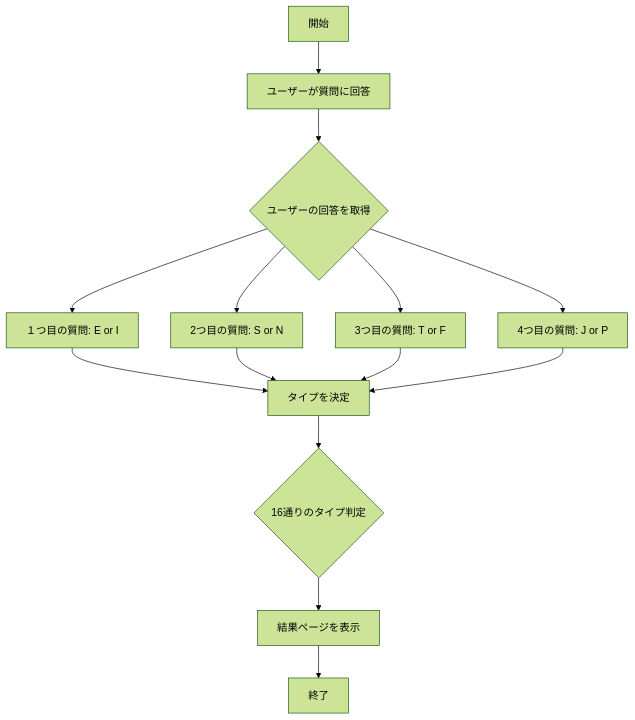
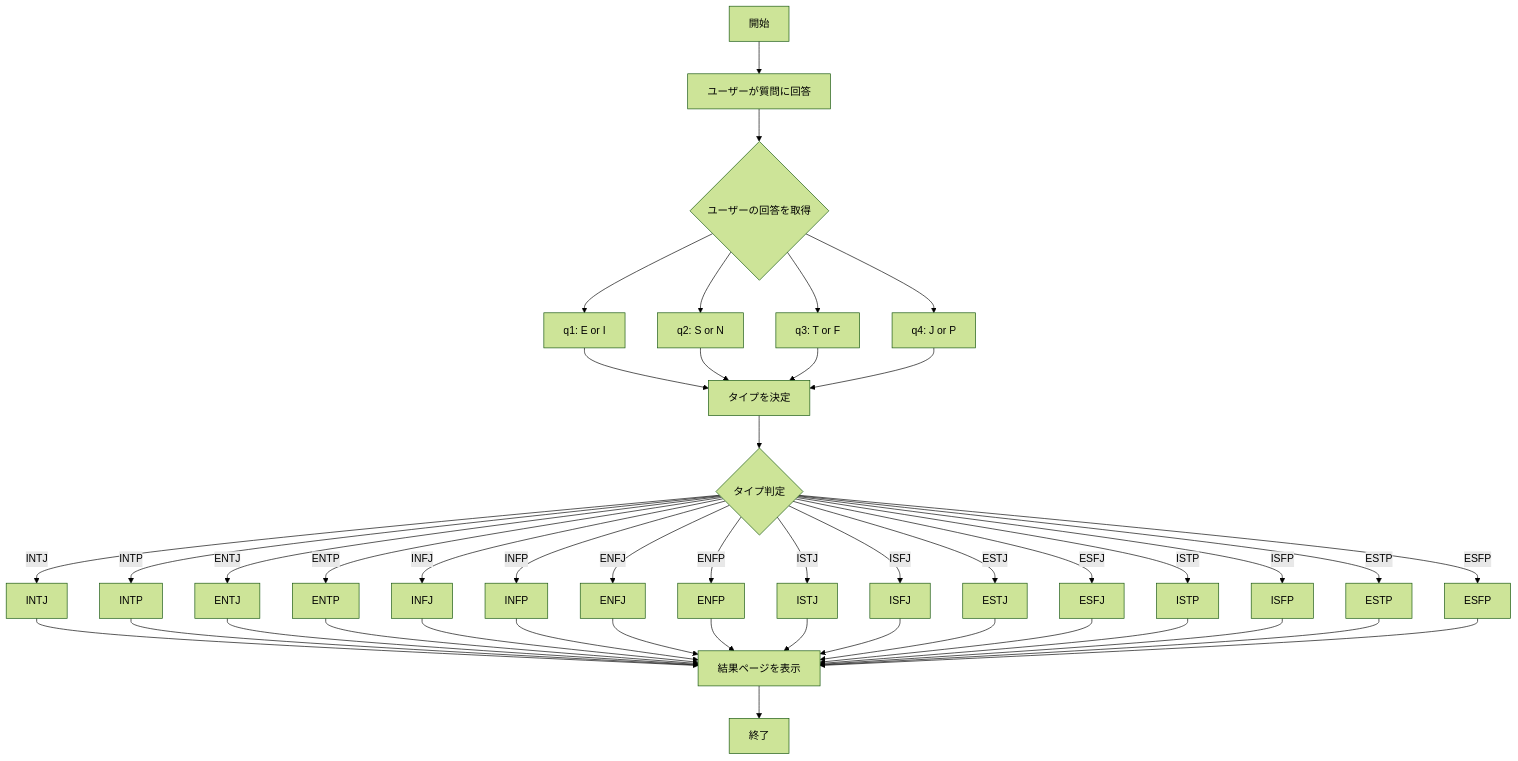
Before and after one commit to Kooxxx/webpro_06: the third of 3 diagrams in README.md, drawn with Mermaid (forest theme). The commit also changed 18 other files, not shown here.

````diff
--- a/README.md
+++ b/README.md
@@ -73,24 +73,54 @@
 ```mermaid
 flowchart TD;
-
-
     A[開始] --> B[ユーザーが質問に回答]
     B --> C{ユーザーの回答を取得}
-    C --> D[１つ目の質問: E or I]
-    C --> E[2つ目の質問: S or N]
-    C --> F[3つ目の質問: T or F]
-    C --> G[4つ目の質問: J or P]
+    C --> D[q1: E or I]
+    C --> E[q2: S or N]
+    C --> F[q3: T or F]
+    C --> G[q4: J or P]
     
     D --> H[タイプを決定]
     E --> H
     F --> H
     G --> H
     
-    H --> I{16通りのタイプ判定}
+    H --> I{タイプ判定}
     
+    I -->|INTJ| J[INTJ]
+    I -->|INTP| K[INTP]
+    I -->|ENTJ| L[ENTJ]
+    I -->|ENTP| M[ENTP]
+    I -->|INFJ| N[INFJ]
+    I -->|INFP| O[INFP]
+    I -->|ENFJ| P[ENFJ]
+    I -->|ENFP| Q[ENFP]
+    I -->|ISTJ| R[ISTJ]
+    I -->|ISFJ| S[ISFJ]
+    I -->|ESTJ| T[ESTJ]
+    I -->|ESFJ| U[ESFJ]
+    I -->|ISTP| V[ISTP]
+    I -->|ISFP| W[ISFP]
+    I -->|ESTP| X[ESTP]
+    I -->|ESFP| Y[ESFP]
     
-    I --> Z[結果ページを表示]
+    J --> Z[結果ページを表示]
+    K --> Z
+    L --> Z
+    M --> Z
+    N --> Z
+    O --> Z
+    P --> Z
+    Q --> Z
+    R --> Z
+    S --> Z
+    T --> Z
+    U --> Z
+    V --> Z
+    W --> Z
+    X --> Z
+    Y --> Z
     
     Z --> AA[終了]
 
+
 ```
````
